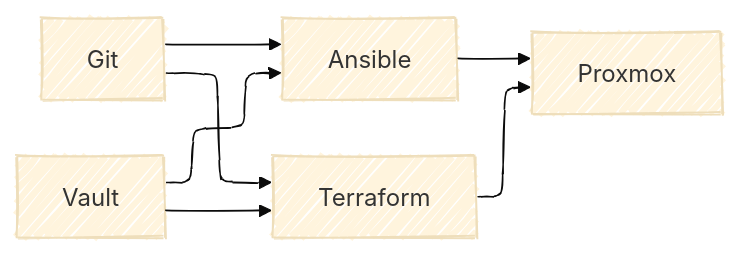
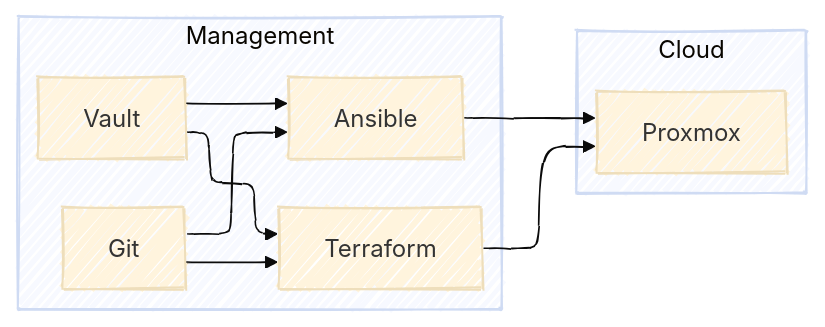
One commit to gitrsi/cyberops.zone changed the diagram in doing/Private Cloud/README.md. Above: the diagram before and after it, drawn with Mermaid (base theme).

````diff
--- a/doing/Private Cloud/README.md
+++ b/doing/Private Cloud/README.md
@@ -8,16 +8,26 @@
 ```mermaid
 ---
 config:
   layout: elk
   look: handDrawn
-
+  elk:
+    mergeEdges: true
+    nodePlacementStrategy: LINEAR_SEGMENTS
 ---
 graph LR
-    
-  G[Git] --> A[Ansible]
-  G --> T[Terraform]
-  V[Vault] --> A
-  V --> T
-  A --> P[Proxmox]
-  T --> P
+  subgraph MGMT["Management"]
+        G["Git"]
+        V["Vault"]
+        A["Ansible"]
+        T["Terraform"]
+  end
+
+  subgraph CLOUD["Cloud"]
+        P["Proxmox"]
+  end  
+    G --> A & T
+    V --> A & T
+    A --> P
+    T --> P
+
 ```
````
